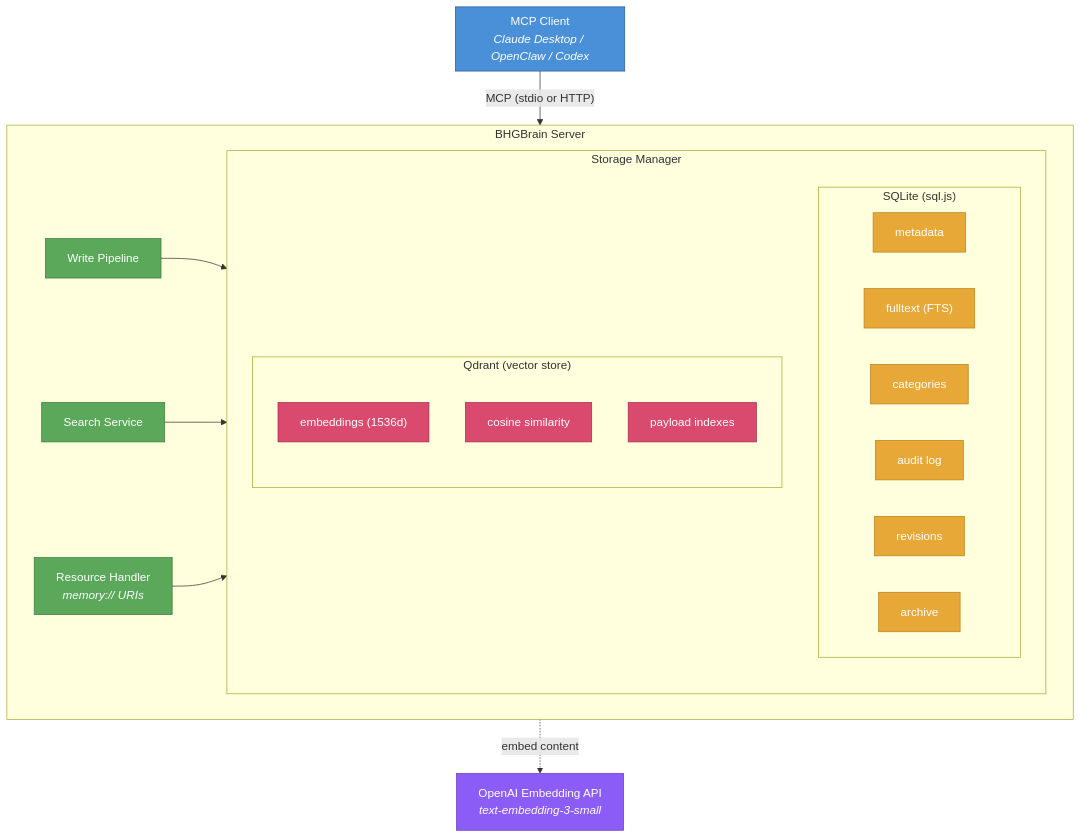
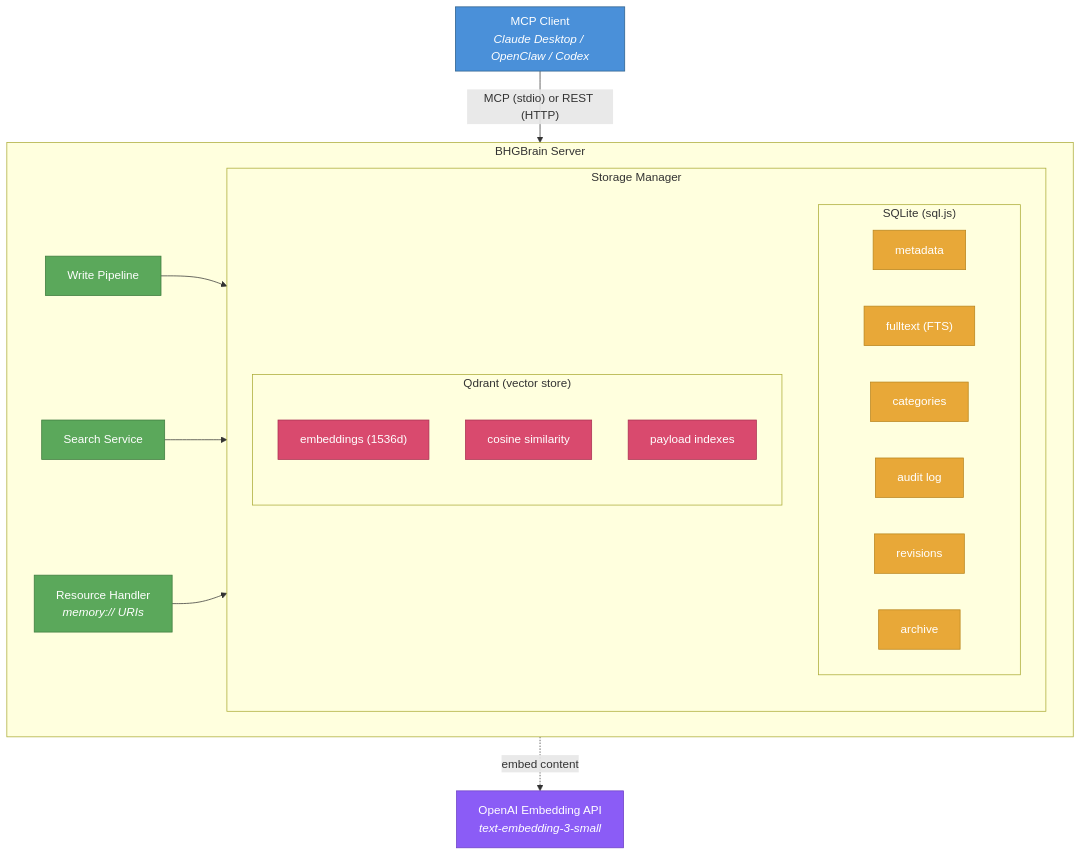
One commit to Big-Hat-Group-Inc/BHGBrain changed the first of 8 diagrams in README.de.md. Above: the diagram before and after it, drawn with Mermaid. The commit also changed other lines of this file and 13 other files, not shown here.

````diff
--- a/README.de.md
+++ b/README.de.md
@@ -62,48 +62,48 @@
 ```mermaid
 graph TD
     subgraph Client["MCP Client<br/><i>Claude Desktop / OpenClaw / Codex</i>"]
     end
 
-    Client -->|"MCP (stdio or HTTP)"| Server
+    Client -->|"MCP (stdio) or REST (HTTP)"| Server
 
     subgraph Server["BHGBrain Server"]
         WP["Write Pipeline"]
         SS["Search Service"]
         RH["Resource Handler<br/><i>memory:// URIs</i>"]
 
         subgraph Storage["Storage Manager"]
             subgraph SQLite["SQLite (sql.js)"]
                 S1["metadata"]
                 S2["fulltext (FTS)"]
                 S3["categories"]
                 S4["audit log"]
                 S5["revisions"]
                 S6["archive"]
             end
             subgraph Qdrant["Qdrant (vector store)"]
                 Q1["embeddings (1536d)"]
                 Q2["cosine similarity"]
                 Q3["payload indexes"]
             end
         end
 
         WP --> Storage
         SS --> Storage
         RH --> Storage
     end
 
     Server -.->|"embed content"| OpenAI["OpenAI Embedding API<br/><i>text-embedding-3-small</i>"]
 
     classDef client fill:#4a90d9,stroke:#2c5f8a,color:#fff
     classDef server fill:#f0f4f8,stroke:#4a90d9,color:#333
     classDef component fill:#5ba85b,stroke:#3d7a3d,color:#fff
     classDef sqlite fill:#e8a838,stroke:#b8841c,color:#fff
     classDef qdrant fill:#d94a6e,stroke:#a83050,color:#fff
     classDef external fill:#8b5cf6,stroke:#6d3fc4,color:#fff
 
     class Client client
     class WP,SS,RH component
     class S1,S2,S3,S4,S5,S6 sqlite
     class Q1,Q2,Q3 qdrant
     class OpenAI external
 ```
````
